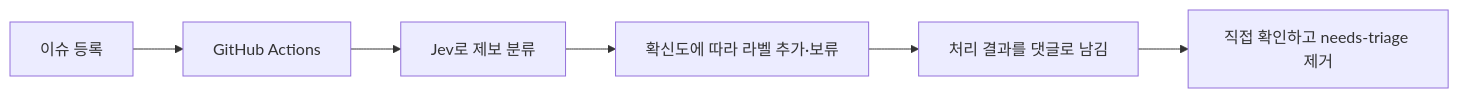
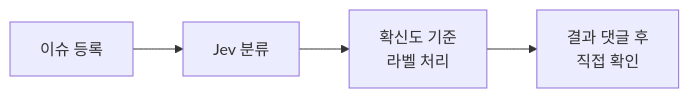
One commit to taez224/obsidian changed the diagram in 30_Resources/Development/Concepts/Jev로 GitHub 이슈 분류하기.md. Above: the diagram before and after it, drawn with Mermaid. The commit also changed other lines of this file and 9 other files, not shown here.

````diff
--- a/30_Resources/Development/Concepts/Jev로 GitHub 이슈 분류하기.md
+++ b/30_Resources/Development/Concepts/Jev로 GitHub 이슈 분류하기.md
@@ -35,8 +35,4 @@
 ```mermaid
 flowchart LR
-  issue["이슈 등록"] --> actions["GitHub Actions"]
-  actions --> jev["Jev로 제보 분류"]
-  jev --> result["확신도에 따라 라벨 추가·보류"]
-  result --> comment["처리 결과를 댓글로 남김"]
-  comment --> me["직접 확인하고 needs-triage 제거"]
+  issue["이슈 등록"] --> classify["Jev 분류"] --> label["확신도 기준<br/>라벨 처리"] --> review["결과 댓글 후<br/>직접 확인"]
 ```
````
